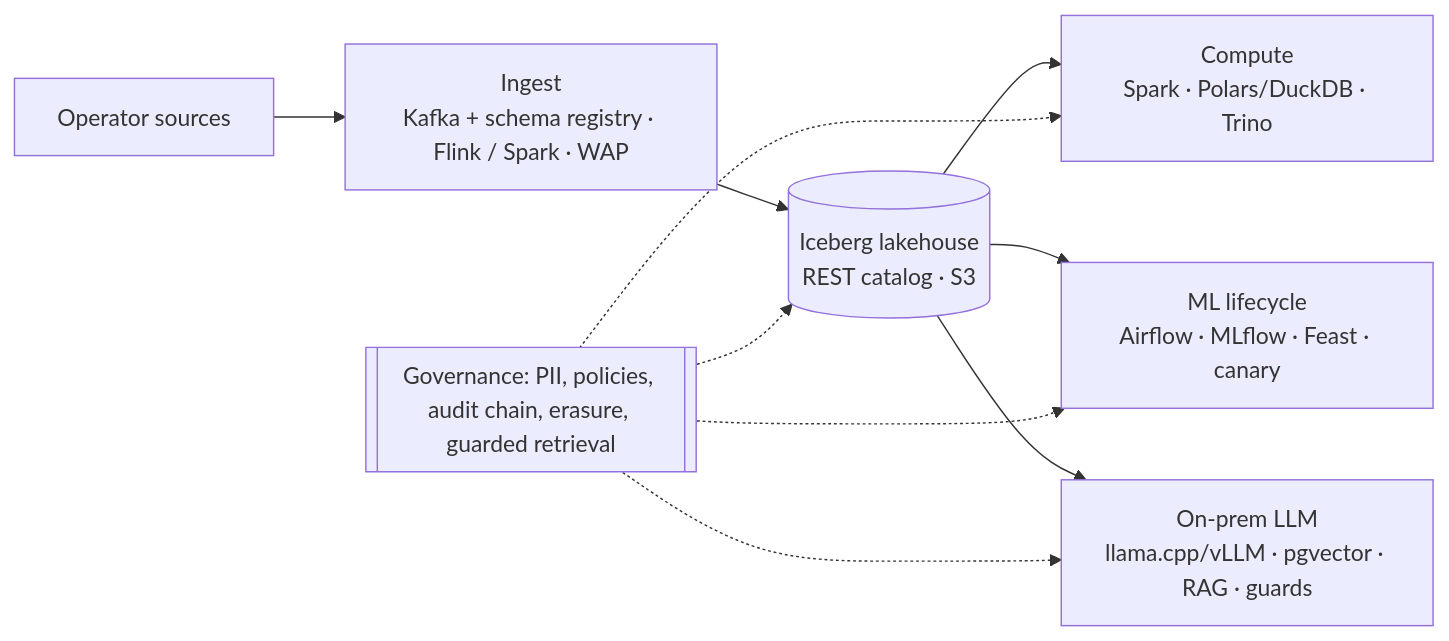
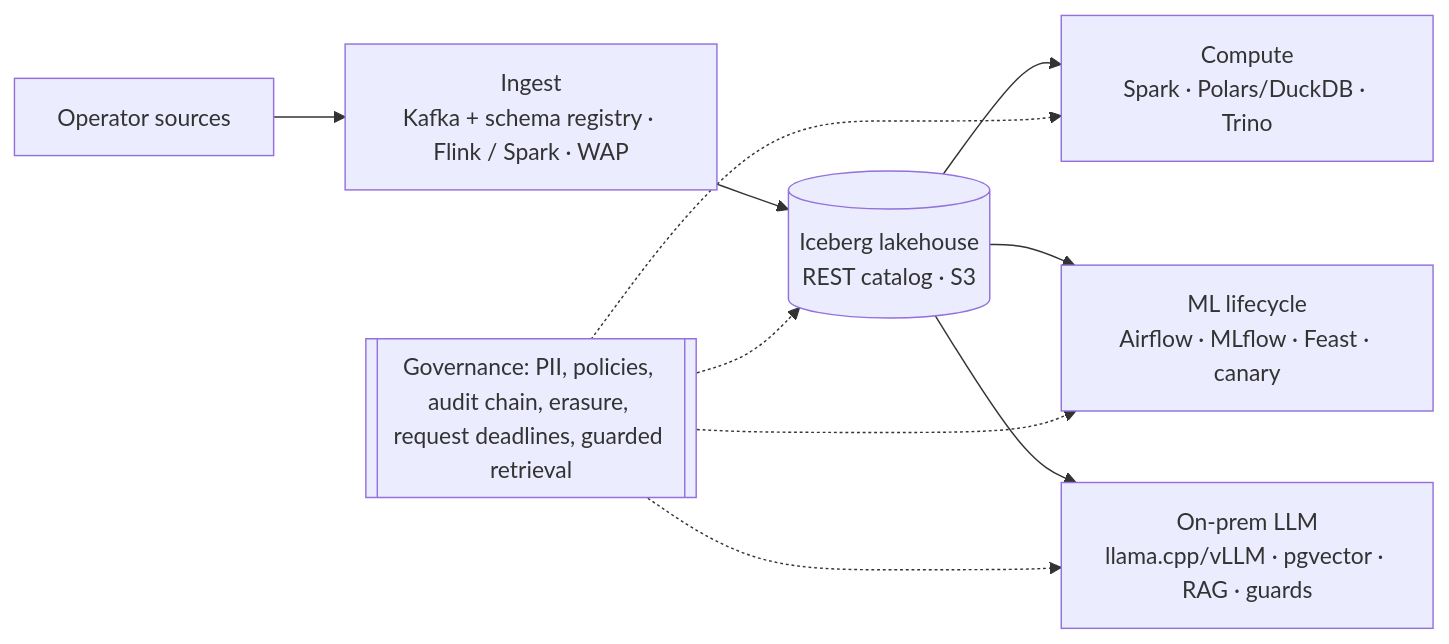
Before and after one commit to masterfabric/masterfabric-data-architecture-adr: the first of 2 diagrams in README.md, drawn with Mermaid. The commit also changed other lines of this file and 1 other file, not shown here.

Commit message:
docs(readme): 104/104 verified, thirteen panels, six diagrams, DSR in governance; timeline follow-up

````diff
--- a/README.md
+++ b/README.md
@@ -26,9 +26,9 @@
 ```mermaid
 flowchart LR
   SRC[Operator sources] --> ING[Ingest<br/>Kafka + schema registry · Flink / Spark · WAP]
   ING --> LH[(Iceberg lakehouse<br/>REST catalog · S3)]
   LH --> CMP[Compute<br/>Spark · Polars/DuckDB · Trino]
   LH --> ML[ML lifecycle<br/>Airflow · MLflow · Feast · canary]
   LH --> LLM[On-prem LLM<br/>llama.cpp/vLLM · pgvector · RAG · guards]
-  GOV[[Governance: PII, policies, audit chain, erasure, guarded retrieval]] -.-> LH & CMP & ML & LLM
+  GOV[[Governance: PII, policies, audit chain, erasure, request deadlines, guarded retrieval]] -.-> LH & CMP & ML & LLM
 ```
````
